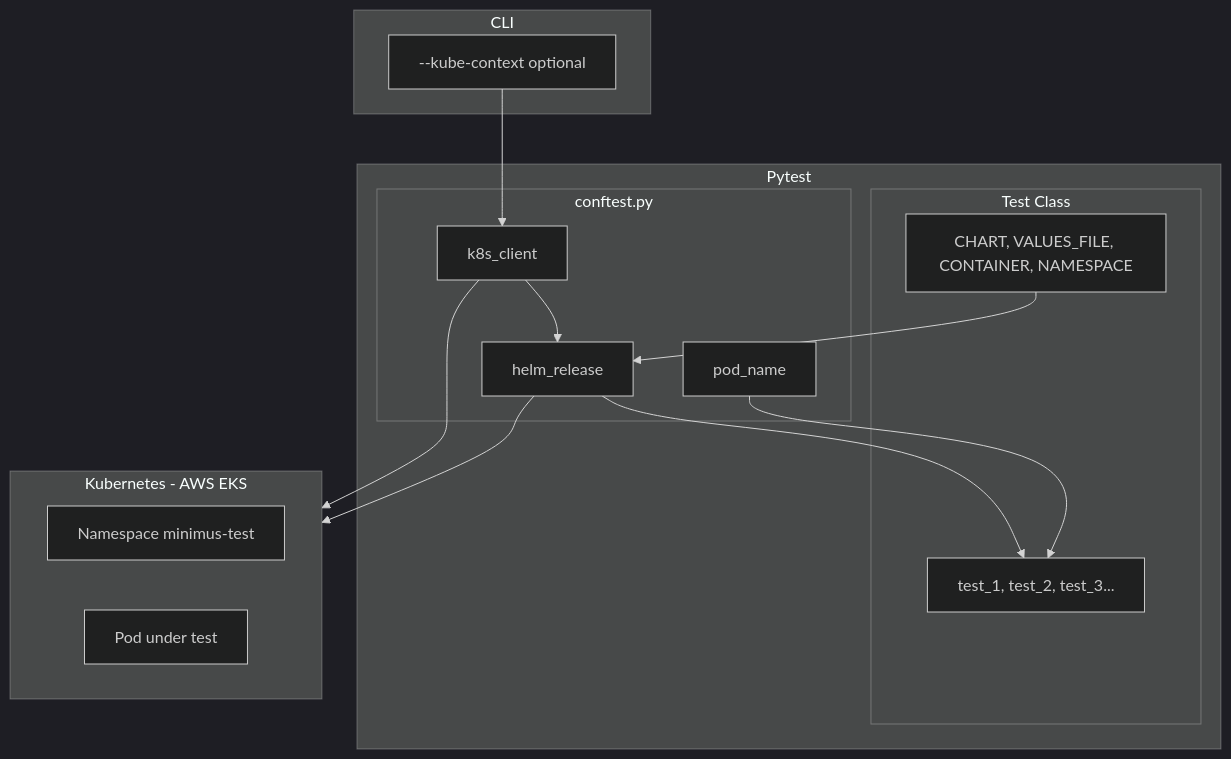
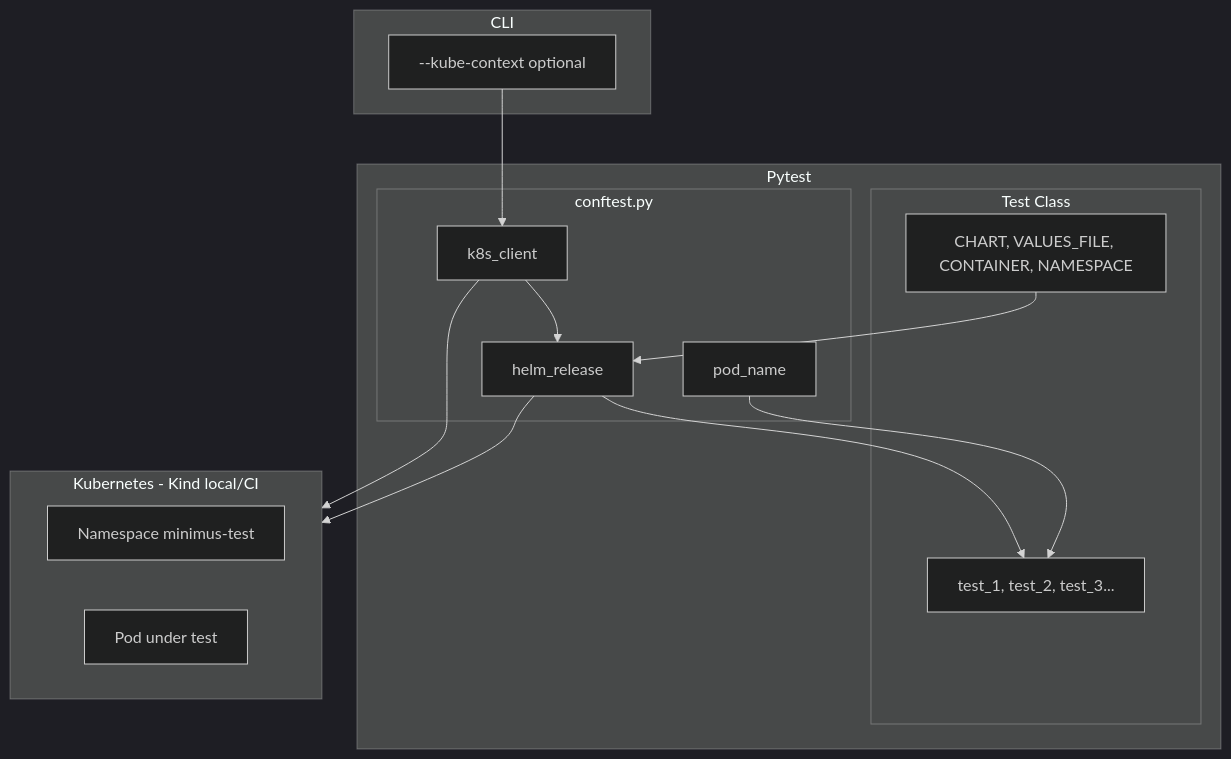
Before and after one commit to refeali-io/k8s-helm-image-validation: the diagram in README.md, drawn with Mermaid (dark theme). The commit also changed other lines of this file, not shown here.

Commit message:
Update Readme file diagrm

````diff
--- a/README.md
+++ b/README.md
@@ -54,31 +54,31 @@
 ```mermaid
 flowchart TB
     subgraph cli [CLI]
         kubeContext["--kube-context optional"]
     end
 
     subgraph pytest [Pytest]
         subgraph conftest [conftest.py]
             k8sClient[k8s_client]
             helmRelease[helm_release]
             podName[pod_name]
         end
         subgraph testClass [Test Class]
             classAttrs["CHART, VALUES_FILE, CONTAINER, NAMESPACE"]
             testMethods["test_1, test_2, test_3..."]
         end
     end
 
-    subgraph k8s [Kubernetes - AWS EKS]
+    subgraph k8s [Kubernetes - Kind local/CI]
         namespace[Namespace minimus-test]
         pod[Pod under test]
     end
 
     kubeContext --> k8sClient
     classAttrs --> helmRelease
     helmRelease --> testMethods
     k8sClient --> helmRelease
     podName --> testMethods
     k8sClient --> k8s
     helmRelease --> k8s
 ```
````
